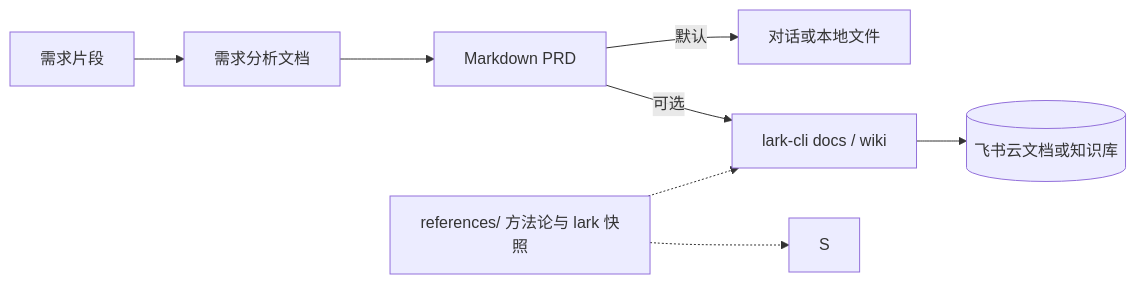
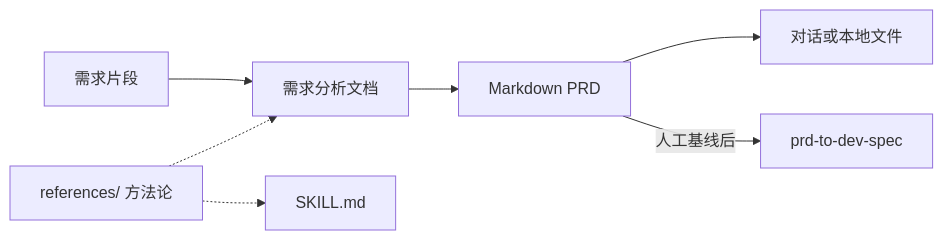
The diagram in requirements-to-prd/README.md (Lucky2024-pllove/req-to-prd-to-dev-eng-all-skills), drawn with Mermaid before and after one commit. The commit also changed other lines of this file and 24 other files, not shown here.

First line of the commit message:
chore(requirements-to-prd): remove lark-cli and Feishu integration

````diff
--- a/requirements-to-prd/README.md
+++ b/requirements-to-prd/README.md
@@ -80,10 +77,9 @@
 ```mermaid
 flowchart LR
   U[需求片段] --> A[需求分析文档]
   A --> P[Markdown PRD]
-  P -->|默认| C[对话或本地文件]
-  P -->|可选| L[lark-cli docs / wiki]
-  L --> F[(飞书云文档或知识库)]
-  R[references/ 方法论与 lark 快照] -.-> S
-  R -.-> L
+  P --> C[对话或本地文件]
+  R[references/ 方法论] -.-> S[SKILL.md]
+  R -.-> A
+  P -->|人工基线后| N[prd-to-dev-spec]
 ```
````
